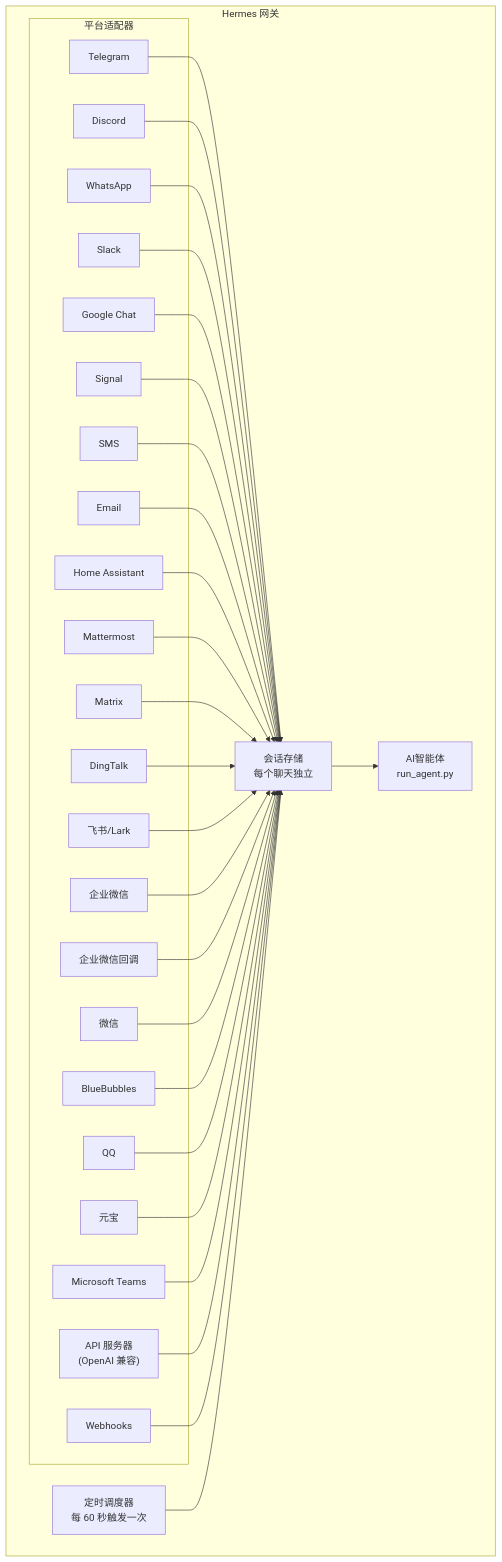
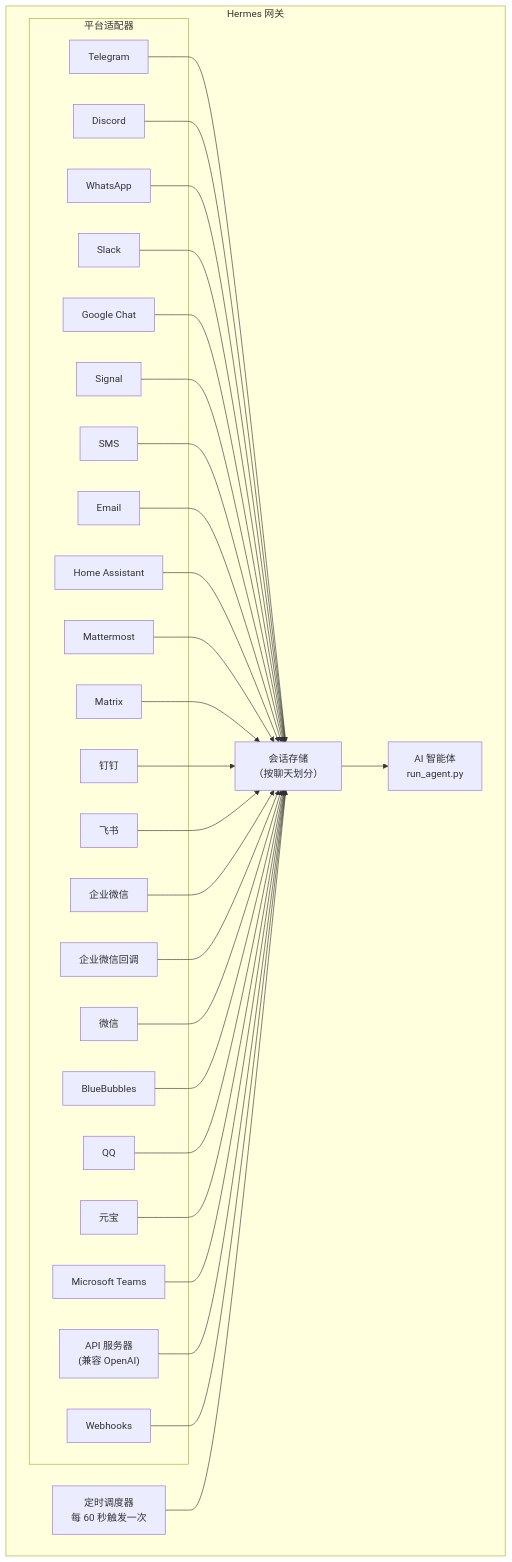
One commit to renxia/hermes-agent-docs changed the diagram in i18n/zh-CN/docusaurus-plugin-content-docs/current/user-guide/messaging/index.md. Above: the diagram before and after it, drawn with Mermaid. The commit also changed other lines of this file and 439 other files, not shown here.

````diff
--- a/i18n/zh-CN/docusaurus-plugin-content-docs/current/user-guide/messaging/index.md
+++ b/i18n/zh-CN/docusaurus-plugin-content-docs/current/user-guide/messaging/index.md
@@ -42,58 +43,58 @@
 ```mermaid
 flowchart TB
     subgraph Gateway["Hermes 网关"]
         subgraph Adapters["平台适配器"]
             tg[Telegram]
             dc[Discord]
             wa[WhatsApp]
             sl[Slack]
             gc[Google Chat]
             sig[Signal]
             sms[SMS]
             em[Email]
             ha[Home Assistant]
             mm[Mattermost]
             mx[Matrix]
-            dt[DingTalk]
-    fs[飞书/Lark]
+            dt[钉钉]
+    fs[飞书]
     wc[企业微信]
     wcb[企业微信回调]
     wx[微信]
     bb[BlueBubbles]
     qq[QQ]
     yb[元宝]
     ms[Microsoft Teams]
-    api["API 服务器<br/>(OpenAI 兼容)"]
+    api["API 服务器<br/>(兼容 OpenAI)"]
     wh[Webhooks]
         end
 
-        store["会话存储<br/>每个聊天独立"]
-        agent["AI智能体<br/>run_agent.py"]
+        store["会话存储<br/>（按聊天划分）"]
+        agent["AI 智能体<br/>run_agent.py"]
         cron["定时调度器<br/>每 60 秒触发一次"]
     end
 
     tg --> store
     dc --> store
     wa --> store
     sl --> store
     gc --> store
     sig --> store
     sms --> store
     em --> store
     ha --> store
     mm --> store
     mx --> store
     dt --> store
     fs --> store
     wc --> store
     wcb --> store
     wx --> store
     bb --> store
     qq --> store
     yb --> store
     ms --> store
     api --> store
     wh --> store
     store --> agent
     cron --> store
 ```
````
